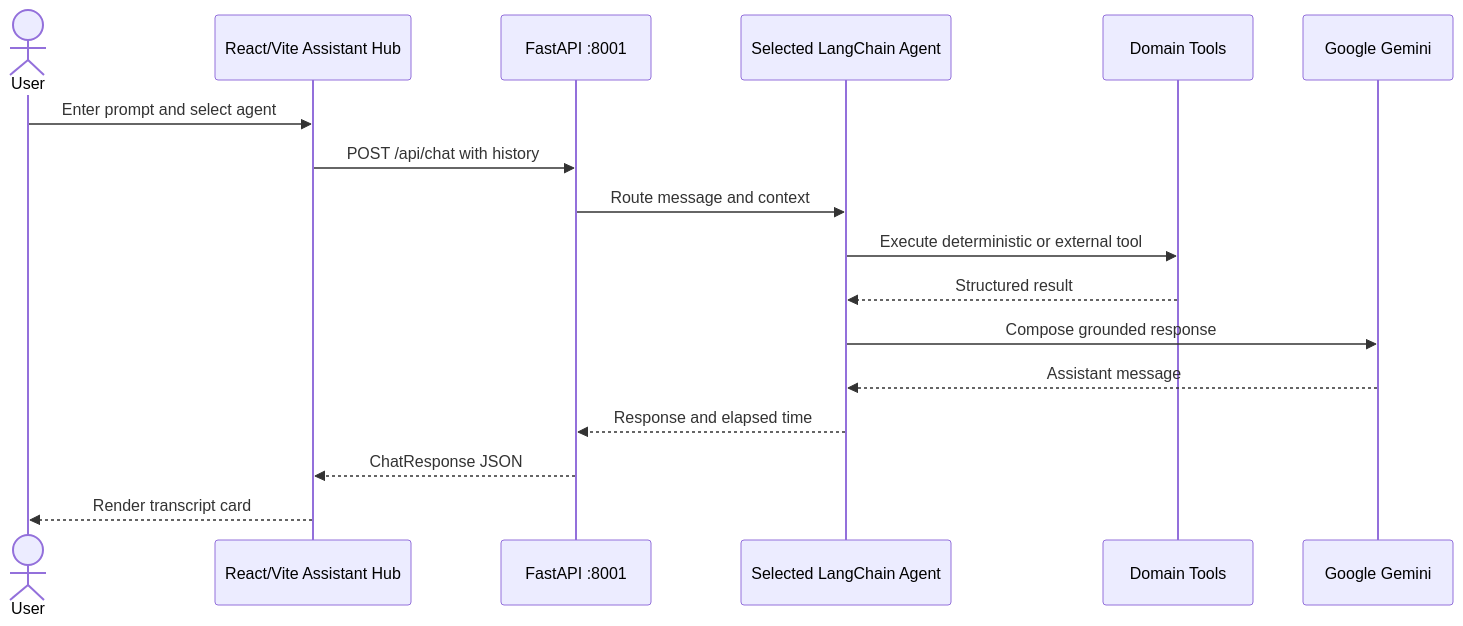
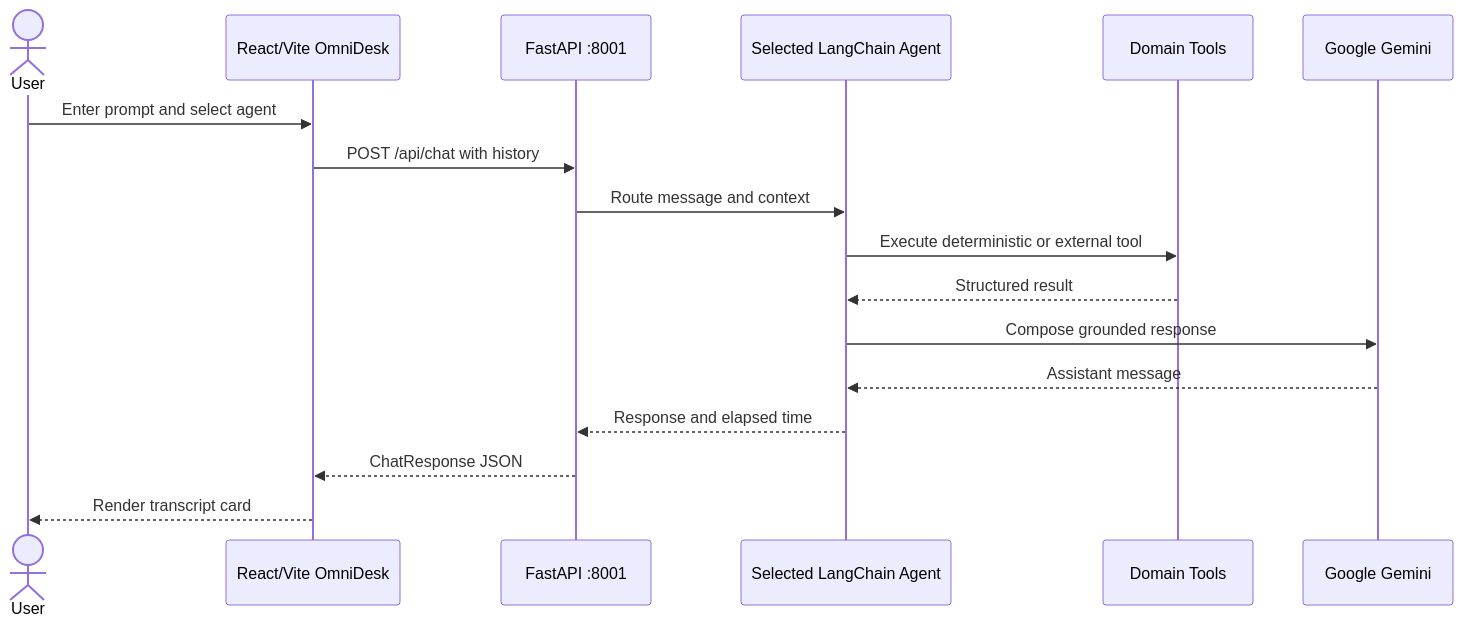
One commit to ShubhamNegi-07/Multi-Agent-Productivity-Assistant changed the diagram in README.md. Above: the diagram before and after it, drawn with Mermaid. The commit also changed other lines of this file, not shown here.

Commit message:
Refresh OmniDesk project documentation

````diff
--- a/README.md
+++ b/README.md
@@ -74,20 +74,20 @@
 ```mermaid
 sequenceDiagram
     actor User
-    participant UI as React/Vite Assistant Hub
+    participant UI as React/Vite OmniDesk
     participant API as FastAPI :8001
     participant Agent as Selected LangChain Agent
     participant Tool as Domain Tools
     participant Gemini as Google Gemini
 
     User->>UI: Enter prompt and select agent
     UI->>API: POST /api/chat with history
     API->>Agent: Route message and context
     Agent->>Tool: Execute deterministic or external tool
     Tool-->>Agent: Structured result
     Agent->>Gemini: Compose grounded response
     Gemini-->>Agent: Assistant message
     Agent-->>API: Response and elapsed time
     API-->>UI: ChatResponse JSON
     UI-->>User: Render transcript card
 ```
````
